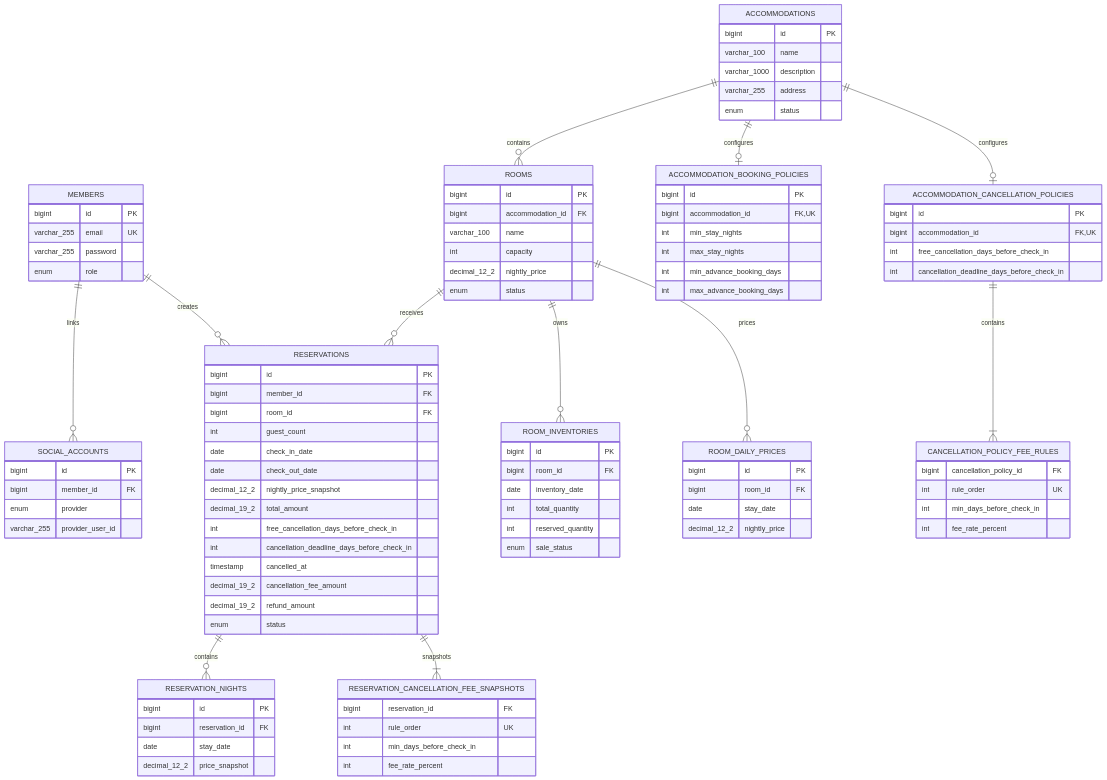
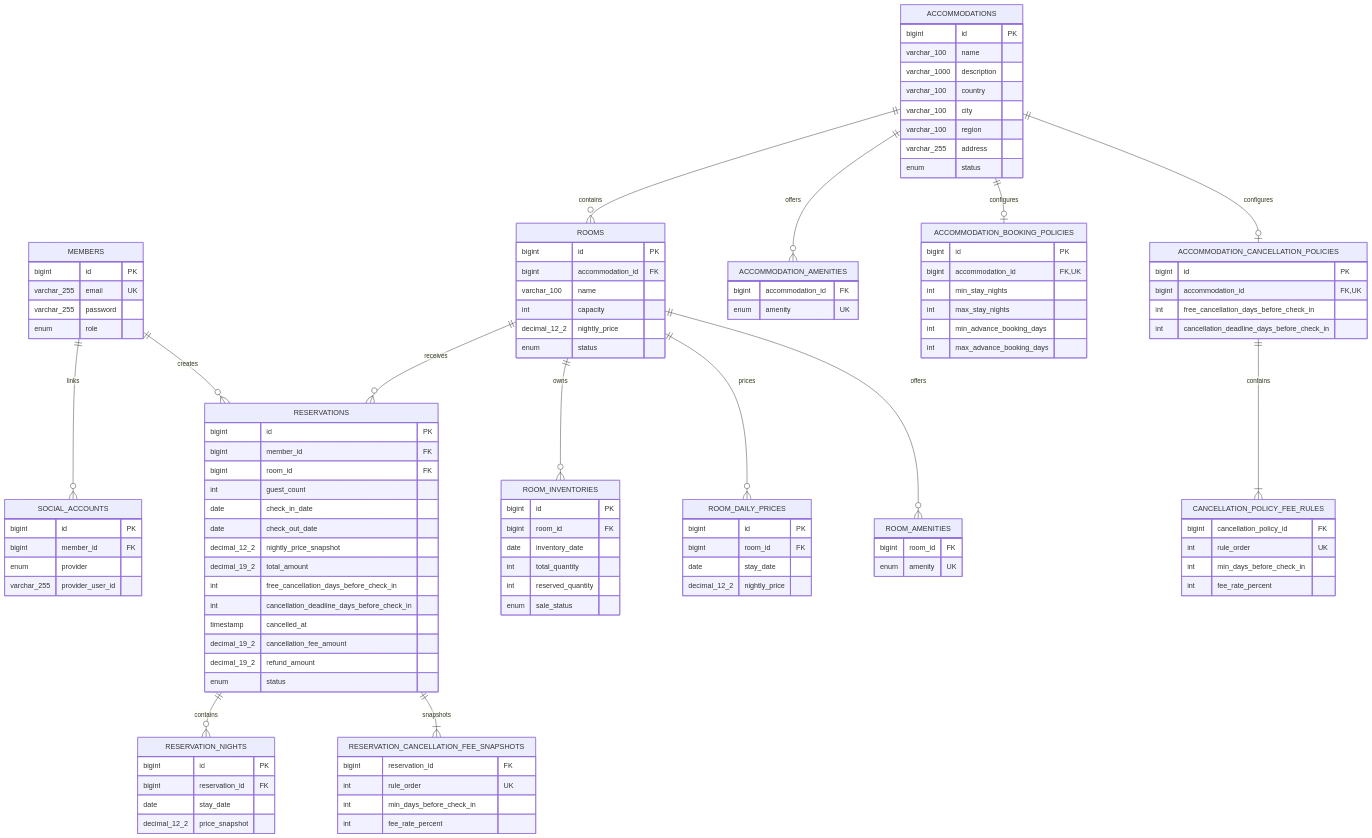
The diagram in docs/erd/database-schema.md (K4RF/reservation-platform), drawn with Mermaid before and after one commit. The commit also changed other lines of this file and 5 other files, not shown here.

Commit message:
[docs] #79 - 숙소 Catalog API와 Schema 문서화

```diff
--- a/docs/erd/database-schema.md
+++ b/docs/erd/database-schema.md
@@ -11,12 +11,14 @@
     MEMBERS ||--o{ SOCIAL_ACCOUNTS : links
     MEMBERS ||--o{ RESERVATIONS : creates
     ACCOMMODATIONS ||--o{ ROOMS : contains
+    ACCOMMODATIONS ||--o{ ACCOMMODATION_AMENITIES : offers
     ACCOMMODATIONS ||--o| ACCOMMODATION_BOOKING_POLICIES : configures
     ACCOMMODATIONS ||--o| ACCOMMODATION_CANCELLATION_POLICIES : configures
     ACCOMMODATION_CANCELLATION_POLICIES ||--|{ CANCELLATION_POLICY_FEE_RULES : contains
     ROOMS ||--o{ RESERVATIONS : receives
     ROOMS ||--o{ ROOM_INVENTORIES : owns
     ROOMS ||--o{ ROOM_DAILY_PRICES : prices
+    ROOMS ||--o{ ROOM_AMENITIES : offers
     RESERVATIONS ||--o{ RESERVATION_NIGHTS : contains
     RESERVATIONS ||--|{ RESERVATION_CANCELLATION_FEE_SNAPSHOTS : snapshots
 
@@ -38,8 +40,16 @@
         bigint id PK
         varchar_100 name
         varchar_1000 description
+        varchar_100 country
+        varchar_100 city
+        varchar_100 region
         varchar_255 address
         enum status
+    }
+
+    ACCOMMODATION_AMENITIES {
+        bigint accommodation_id FK
+        enum amenity UK
     }
 
     ACCOMMODATION_BOOKING_POLICIES {
@@ -72,6 +82,11 @@
         int capacity
         decimal_12_2 nightly_price
         enum status
+    }
+
+    ROOM_AMENITIES {
+        bigint room_id FK
+        enum amenity UK
     }
 
     ROOM_INVENTORIES {
```
